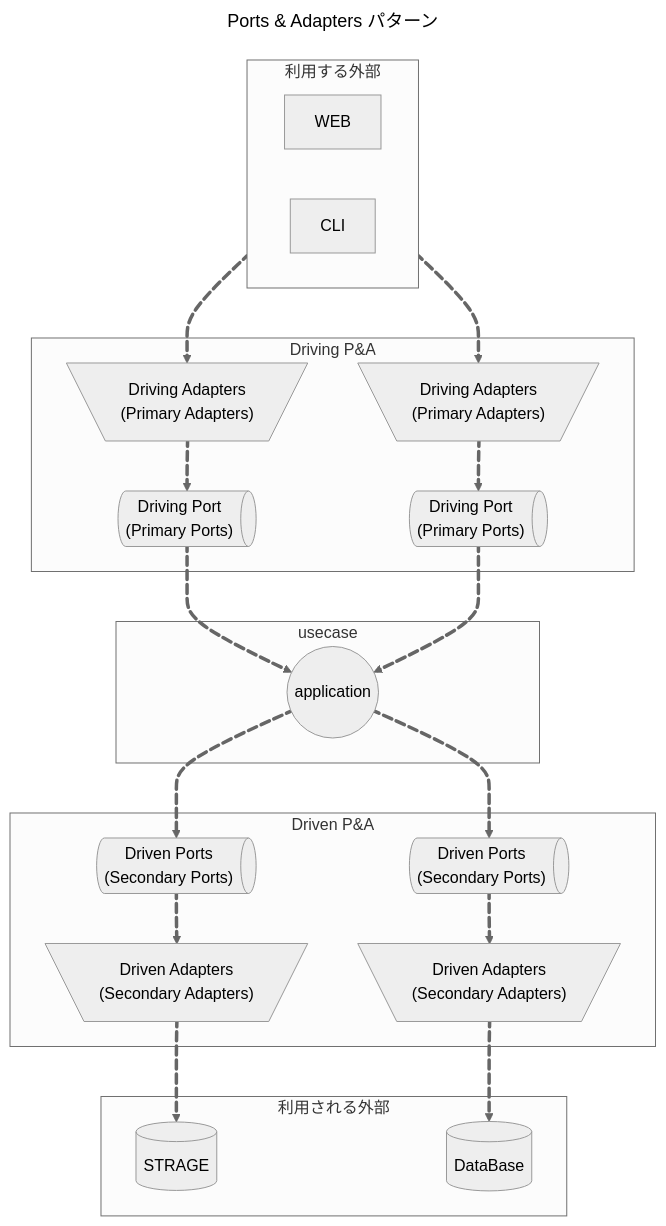
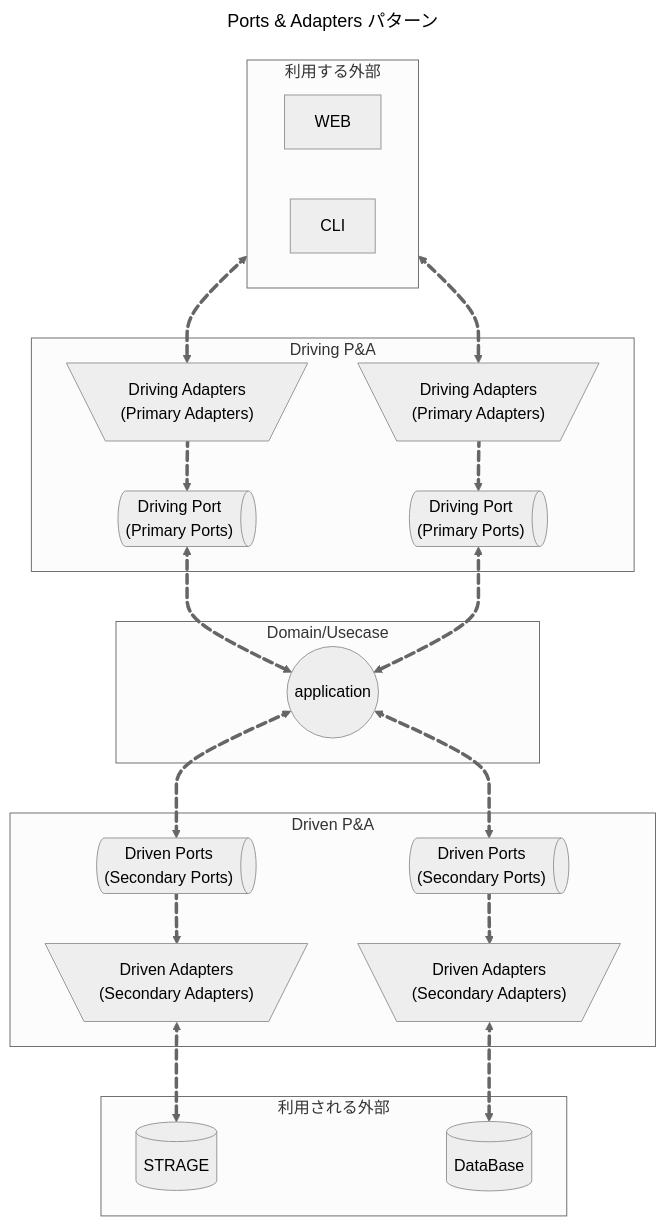
The first of 2 diagrams in docs/research/ports-and-adapters.md (kinmapping/alpha-market-engine), drawn with Mermaid (neutral theme) before and after one commit. The commit also changed other lines of this file, not shown here.

````diff
--- a/docs/research/ports-and-adapters.md
+++ b/docs/research/ports-and-adapters.md
@@ -1,57 +4,58 @@
 ```mermaid
 ---
 title: Ports & Adapters パターン
 ---
 flowchart TB
 
 
 subgraph 利用する外部
 direction RL
     web[WEB]
     cli[CLI]
 end
 
 subgraph 利用される外部
     str[(STRAGE)]
     db[(DataBase)]
 end
 
 subgraph Driving P&A
     pa1@{ shape: trap-t , label: 'Driving Adapters<br>(Primary Adapters)'}
     pa2@{ shape: trap-t , label: 'Driving Adapters<br>(Primary Adapters)'}
     pp1@{ shape: das , label: 'Driving Port<br>(Primary Ports)'}
     pp2@{ shape: das , label: 'Driving Port<br>(Primary Ports)'}
 
 end
 
 subgraph Driven P&A
     sa1@{ shape: trap-t , label: 'Driven Adapters<br>(Secondary Adapters)'}
     sa2@{ shape: trap-t , label: 'Driven Adapters<br>(Secondary Adapters)'}
     sp1@{ shape: das , label: 'Driven Ports<br>(Secondary Ports)'}
     sp2@{ shape: das , label: 'Driven Ports<br>(Secondary Ports)'}
 end
 
-subgraph usecase
+subgraph Domain/Usecase
     app((application))
 end
 
-web e1@==> pa1 e2@==> pp1 e3@==> app
-cli e4@==> pa2 e5@==> pp2 e6@==> app
+%% relation
+web e1@<==> pa1 e2@==> pp1 e3@<==> app
+cli e4@<==> pa2 e5@==> pp2 e6@<==> app
 
-app e7@==> sp1 e8@==> sa1 e9@==> str
-app e10@==> sp2 e11@==> sa2 e12@==> db
+app e7@<==> sp1 e8@==> sa1 e9@<==> str
+app e10@<==> sp2 e11@==> sa2 e12@<==> db
 
 %% animate
 e1@{ animate: true }
 e2@{ animate: true }
 e3@{ animate: true }
 e4@{ animate: true }
 e5@{ animate: true }
 e6@{ animate: true }
 e7@{ animate: true }
 e8@{ animate: true }
 e9@{ animate: true }
 e10@{ animate: true }
 e11@{ animate: true }
 e12@{ animate: true }
 ```
````
